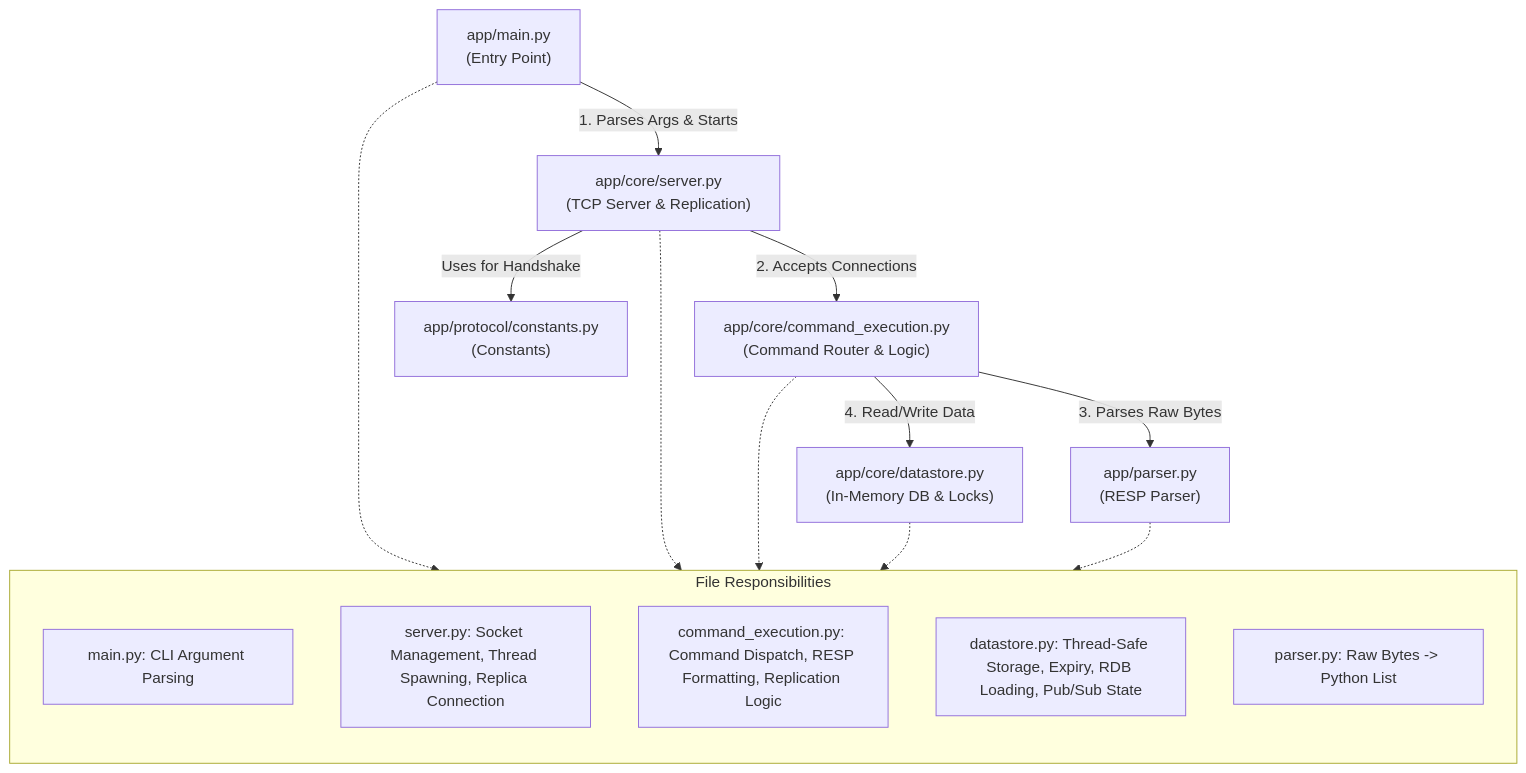
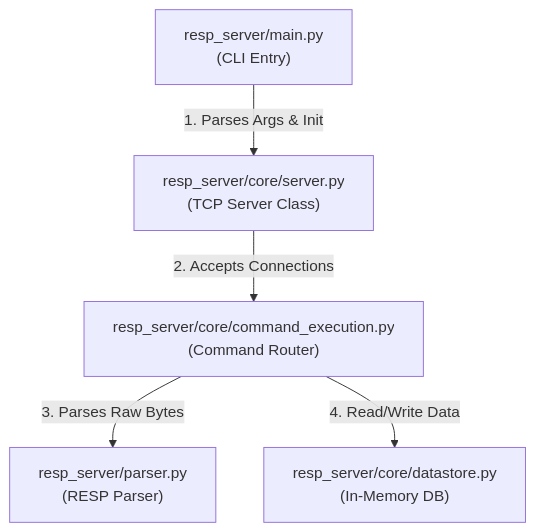
Before and after one commit to alwaysvivek/redis-python: the diagram in README.md, drawn with Mermaid. The commit also changed other lines of this file and 22 other files, not shown here.

````diff
--- a/README.md
+++ b/README.md
@@ -74,39 +73,20 @@
 ```mermaid
 graph TD
     %% Main Entry Point
-    Main["app/main.py<br/>(Entry Point)"]
+    Main["resp_server/main.py<br/>(CLI Entry)"]
     
     %% Core Modules
-    Server["app/core/server.py<br/>(TCP Server & Replication)"]
-    CmdExec["app/core/command_execution.py<br/>(Command Router & Logic)"]
-    Datastore["app/core/datastore.py<br/>(In-Memory DB & Locks)"]
+    Server["resp_server/core/server.py<br/>(TCP Server Class)"]
+    CmdExec["resp_server/core/command_execution.py<br/>(Command Router)"]
+    Datastore["resp_server/core/datastore.py<br/>(In-Memory DB)"]
     
     %% Utilities
-    Parser["app/parser.py<br/>(RESP Parser)"]
-    ProtoConst["app/protocol/constants.py<br/>(Constants)"]
+    Parser["resp_server/parser.py<br/>(RESP Parser)"]
 
     %% Flow Relationships
-    Main -->|1. Parses Args & Starts| Server
+    Main -->|1. Parses Args & Init| Server
     Server -->|2. Accepts Connections| CmdExec
-    Server -->|Uses for Handshake| ProtoConst
     
     CmdExec -->|3. Parses Raw Bytes| Parser
     CmdExec -->|4. Read/Write Data| Datastore
-    
-    %% Specific Responsibilities
-    subgraph responsibilities [File Responsibilities]
-        direction TB
-        R_Main[main.py: CLI Argument Parsing]
-        R_Server[server.py: Socket Management, Thread Spawning, Replica Connection]
-        R_CmdExec[command_execution.py: Command Dispatch, RESP Formatting, Replication Logic]
-        R_Datastore[datastore.py: Thread-Safe Storage, Expiry, RDB Loading, Pub/Sub State]
-        R_Parser[parser.py: Raw Bytes -> Python List]
-    end
-    
-    %% Link modules to responsibilities (visual grouping)
-    Main -.-> R_Main
-    Server -.-> R_Server
-    CmdExec -.-> R_CmdExec
-    Datastore -.-> R_Datastore
-    Parser -.-> R_Parser
 ```
````
